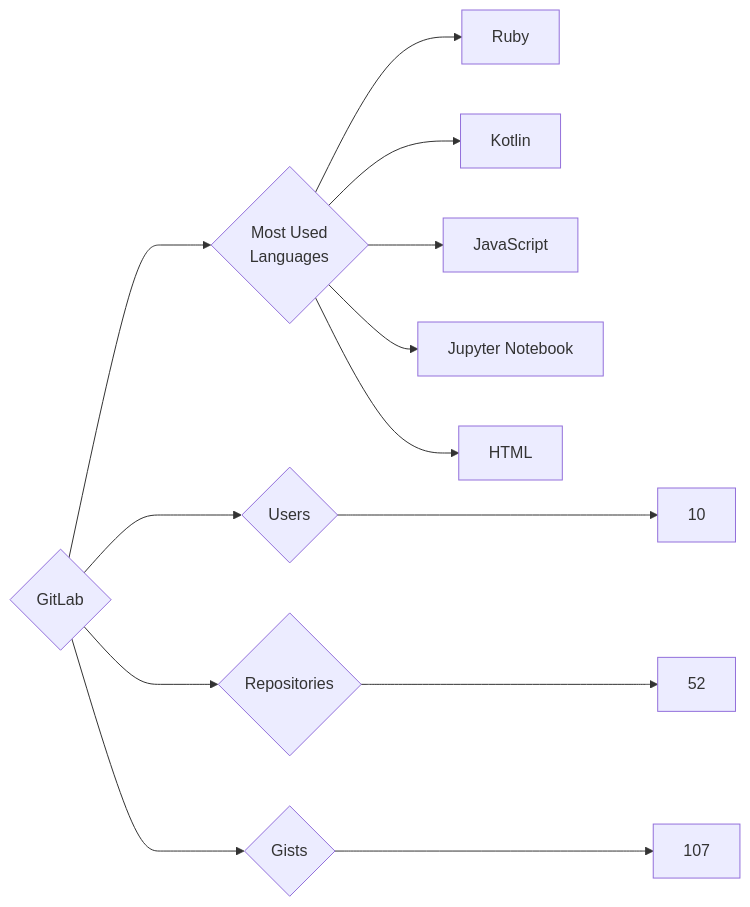
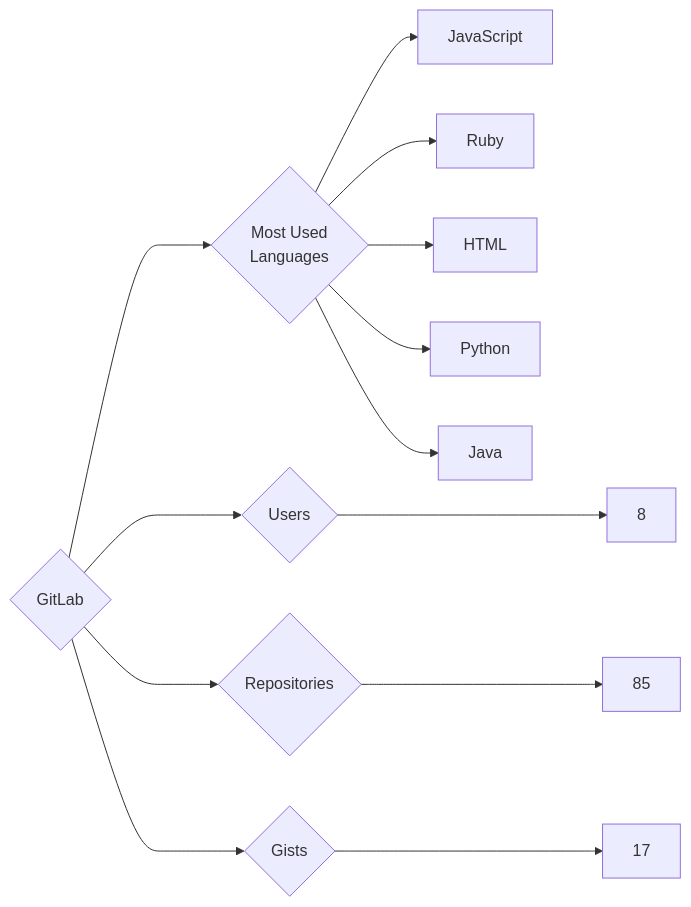
Before and after one commit to trickest/insiders: the diagram in targets/GitLab/README.md, drawn with Mermaid. The commit also changed 1092 other files, not shown here.

````diff
--- a/targets/GitLab/README.md
+++ b/targets/GitLab/README.md
@@ -3,13 +3,13 @@
 ```mermaid
 graph LR
 COMPANY_NAME{GitLab}
-COMPANY_NAME ---> U{Users} ---> UN[10]
-COMPANY_NAME ---> R{Repositories} ---> RN[52]
-COMPANY_NAME ---> G{Gists} ---> GN[107]
+COMPANY_NAME ---> U{Users} ---> UN[8]
+COMPANY_NAME ---> R{Repositories} ---> RN[85]
+COMPANY_NAME ---> G{Gists} ---> GN[17]
 COMPANY_NAME ---> ML{Most Used<br>Languages}
+ML --> JavaScript[JavaScript]
 ML --> Ruby[Ruby]
-ML --> Kotlin[Kotlin]
-ML --> JavaScript[JavaScript]
-ML --> Jupyter_Notebook[Jupyter Notebook]
 ML --> HTML[HTML]
+ML --> Python[Python]
+ML --> Java[Java]
 ```
````
